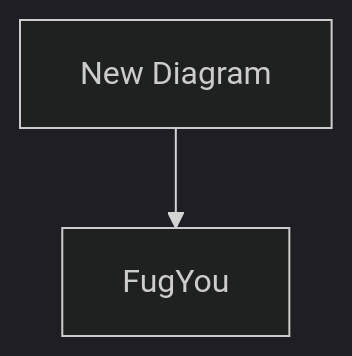
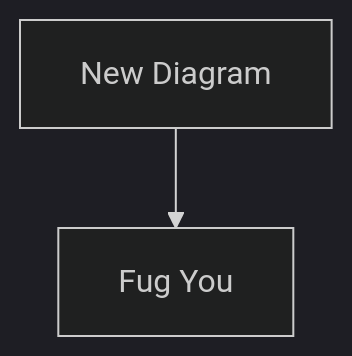
One commit to Skreen5hot/BoilerPWA changed the diagram in mermaid/Vinella_Test5.mmd. Above: the diagram before and after it, drawn with Mermaid (dark theme).

Commit message:
[Mermaid-IDE] update diagram: Vinella_Test5.mmd

```diff
--- a/mermaid/Vinella_Test5.mmd
+++ b/mermaid/Vinella_Test5.mmd
@@ -1,2 +1,2 @@
 graph TD
-    A[New Diagram] --> B[FugYou];
+    A[New Diagram] --> B[Fug You];
```
